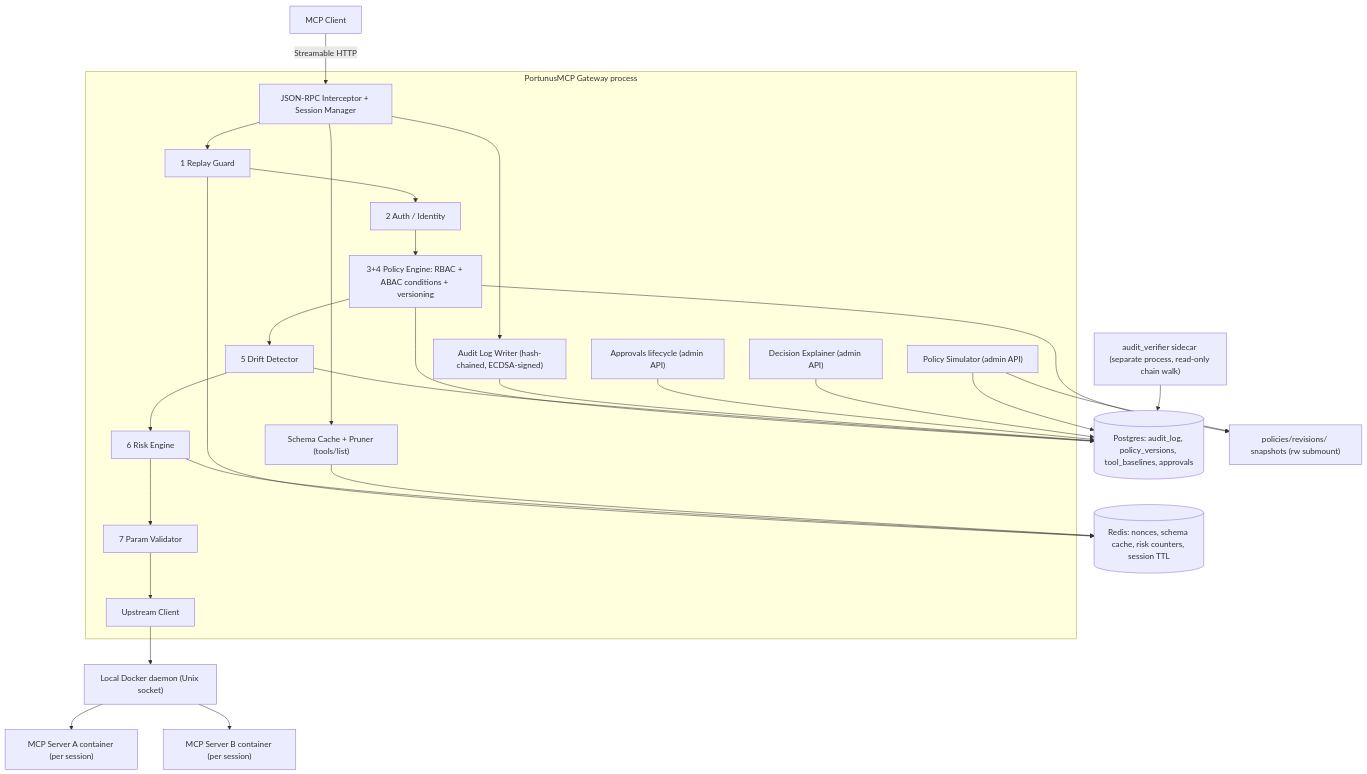
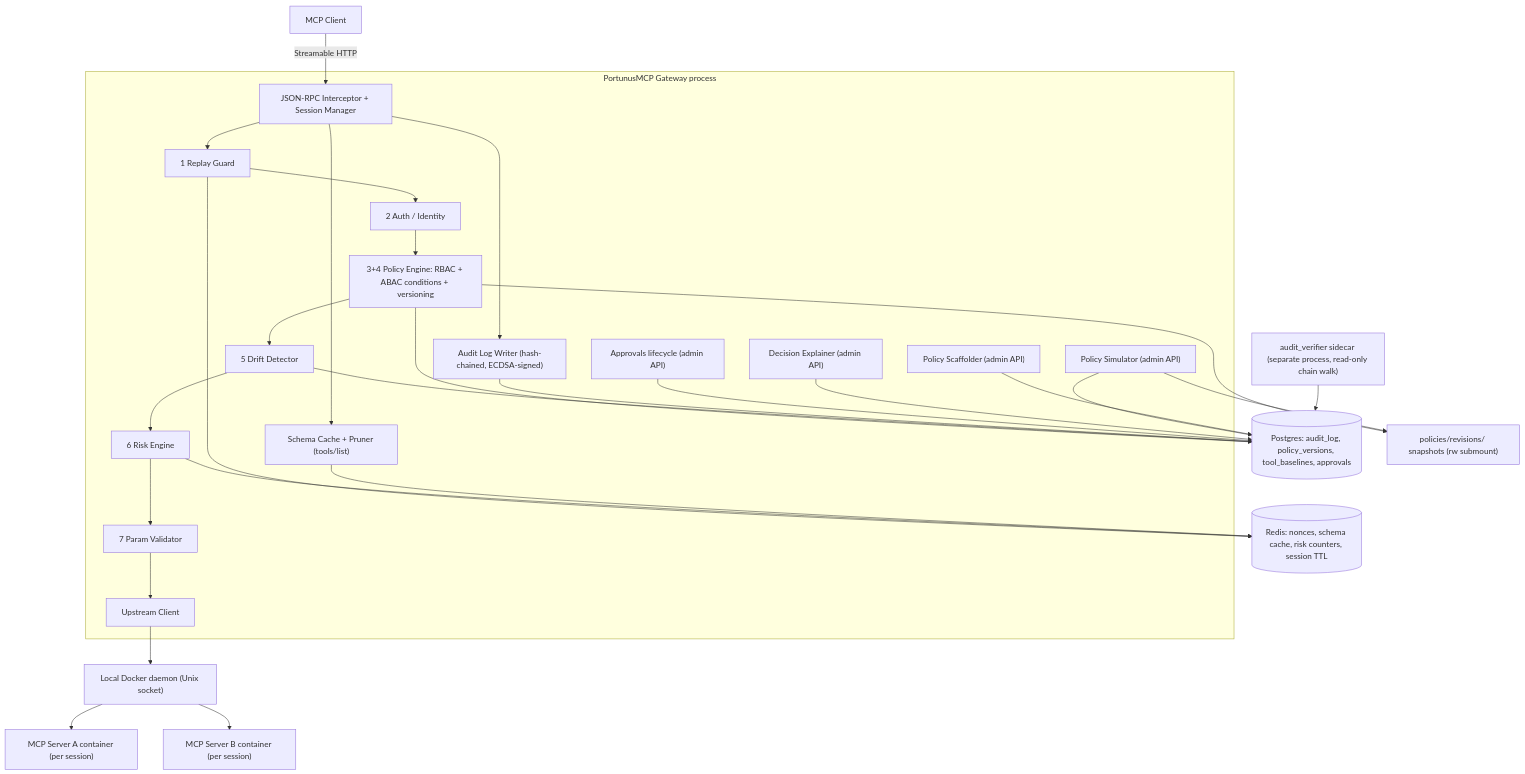
The second of 5 diagrams in ARCHITECTURE.md (BashaarJavaid/PortunusMCP), drawn with Mermaid before and after one commit. The commit also changed other lines of this file and 6 other files, not shown here.

````diff
--- a/ARCHITECTURE.md
+++ b/ARCHITECTURE.md
@@ -123,39 +123,41 @@
 ```mermaid
 graph TD
     Client["MCP Client"] -->|"Streamable HTTP"| Interceptor
 
     subgraph Gateway["PortunusMCP Gateway process"]
         Interceptor["JSON-RPC Interceptor + Session Manager"]
         Interceptor --> Replay["1 Replay Guard"]
         Replay --> Auth["2 Auth / Identity"]
         Auth --> Policy["3+4 Policy Engine: RBAC + ABAC conditions + versioning"]
         Policy --> Drift["5 Drift Detector"]
         Drift --> Risk["6 Risk Engine"]
         Risk --> Validator["7 Param Validator"]
         Validator --> UpClient["Upstream Client"]
         Interceptor --> SchemaCache["Schema Cache + Pruner (tools/list)"]
         Interceptor --> AuditW["Audit Log Writer (hash-chained, ECDSA-signed)"]
         Approvals["Approvals lifecycle (admin API)"]
         Explainer["Decision Explainer (admin API)"]
         Simulator["Policy Simulator (admin API)"]
+        Scaffolder["Policy Scaffolder (admin API)"]
     end
 
     UpClient --> Docker["Local Docker daemon (Unix socket)"]
     Docker --> SrvA["MCP Server A container (per session)"]
     Docker --> SrvB["MCP Server B container (per session)"]
 
     Replay --> Redis[("Redis: nonces, schema cache, risk counters, session TTL")]
     Risk --> Redis
     SchemaCache --> Redis
 
     Policy --> PG[("Postgres: audit_log, policy_versions, tool_baselines, approvals")]
     Drift --> PG
     AuditW --> PG
     Approvals --> PG
     Explainer --> PG
     Simulator --> PG
+    Scaffolder --> PG
     Policy --> Rev["policies/revisions/ snapshots (rw submount)"]
     Simulator --> Rev
 
     Verifier["audit_verifier sidecar (separate process, read-only chain walk)"] --> PG
 ```
````
